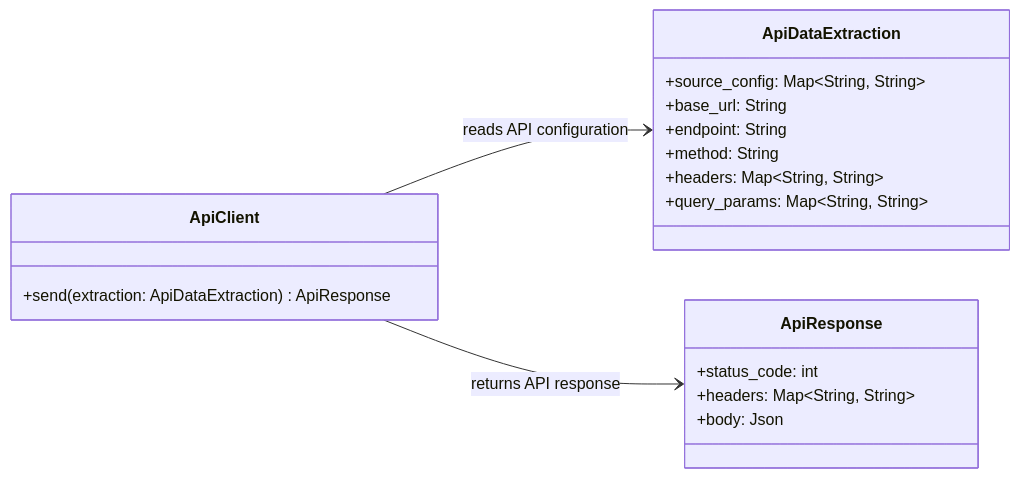
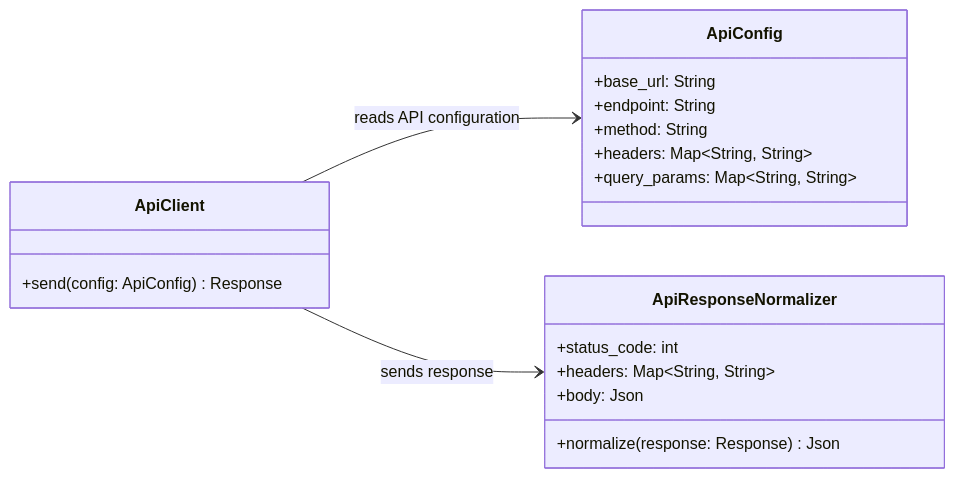
Before and after one commit to mentoria-edu/data_vet: the diagram in docs/c4/level_4_code/data_ingestion/data_extraction.md, drawn with Mermaid. The commit also changed other lines of this file and 1 other file, not shown here.

Commit message:
Atualizando versão final

````diff
--- a/docs/c4/level_4_code/data_ingestion/data_extraction.md
+++ b/docs/c4/level_4_code/data_ingestion/data_extraction.md
@@ -5,26 +5,26 @@
 ```mermaid
 classDiagram
     direction LR
 
-    class ApiDataExtraction {
-        +source_config: Map~String, String~
+    class ApiConfig {
         +base_url: String
         +endpoint: String
         +method: String
         +headers: Map~String, String~
         +query_params: Map~String, String~
     }
 
     class ApiClient {
-        +send(extraction: ApiDataExtraction) ApiResponse
+        +send(config: ApiConfig) Response
     }
 
-    class ApiResponse {
+    class ApiResponseNormalizer {
         +status_code: int
         +headers: Map~String, String~
         +body: Json
+        +normalize(response: Response) Json
     }
 
-    ApiClient --> ApiDataExtraction : reads API configuration
-    ApiClient --> ApiResponse : returns API response
+    ApiClient --> ApiConfig : reads API configuration
+    ApiClient --> ApiResponseNormalizer : sends response
 ```
````
